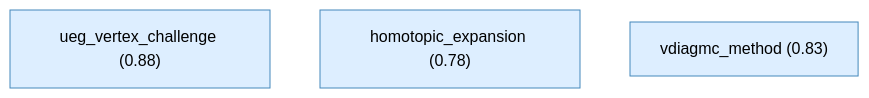
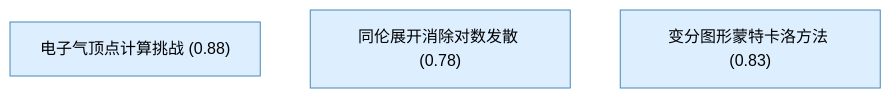
Before and after one commit to kunyuan/SuperconductivityElectronLiquids.gaia: the fourth of 6 diagrams in README.md, drawn with Mermaid (neutral theme). The commit also changed other lines of this file and 7 other files, not shown here.

````diff
--- a/README.md
+++ b/README.md
@@ -184,13 +222,13 @@
 ```mermaid
 graph TD
-    ueg_vertex_challenge["ueg_vertex_challenge (0.88)"]:::premise
-    homotopic_expansion["homotopic_expansion (0.78)"]:::premise
-    vdiagmc_method["vdiagmc_method (0.83)"]:::premise
+    ueg_vertex_challenge["电子气顶点计算挑战 (0.88)"]:::premise
+    homotopic_expansion["同伦展开消除对数发散 (0.78)"]:::premise
+    vdiagmc_method["变分图形蒙特卡洛方法 (0.83)"]:::premise
 
     classDef setting fill:#f0f0f0,stroke:#999
     classDef premise fill:#ddeeff,stroke:#4488bb
     classDef derived fill:#ddffdd,stroke:#44bb44
     classDef question fill:#fff3dd,stroke:#cc9944
     classDef orphan fill:#fff,stroke:#ccc,stroke-dasharray: 5 5
     classDef external fill:#fff,stroke:#aaa,stroke-dasharray: 3 3
 ```
````
